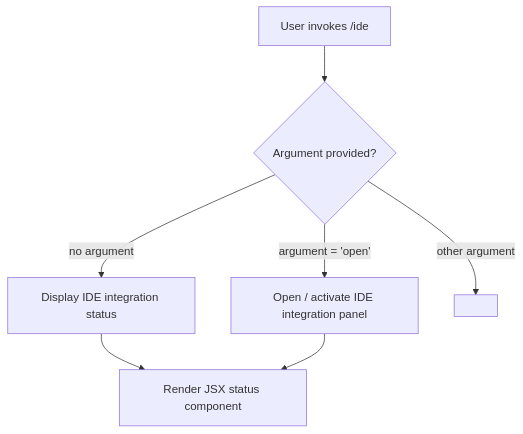
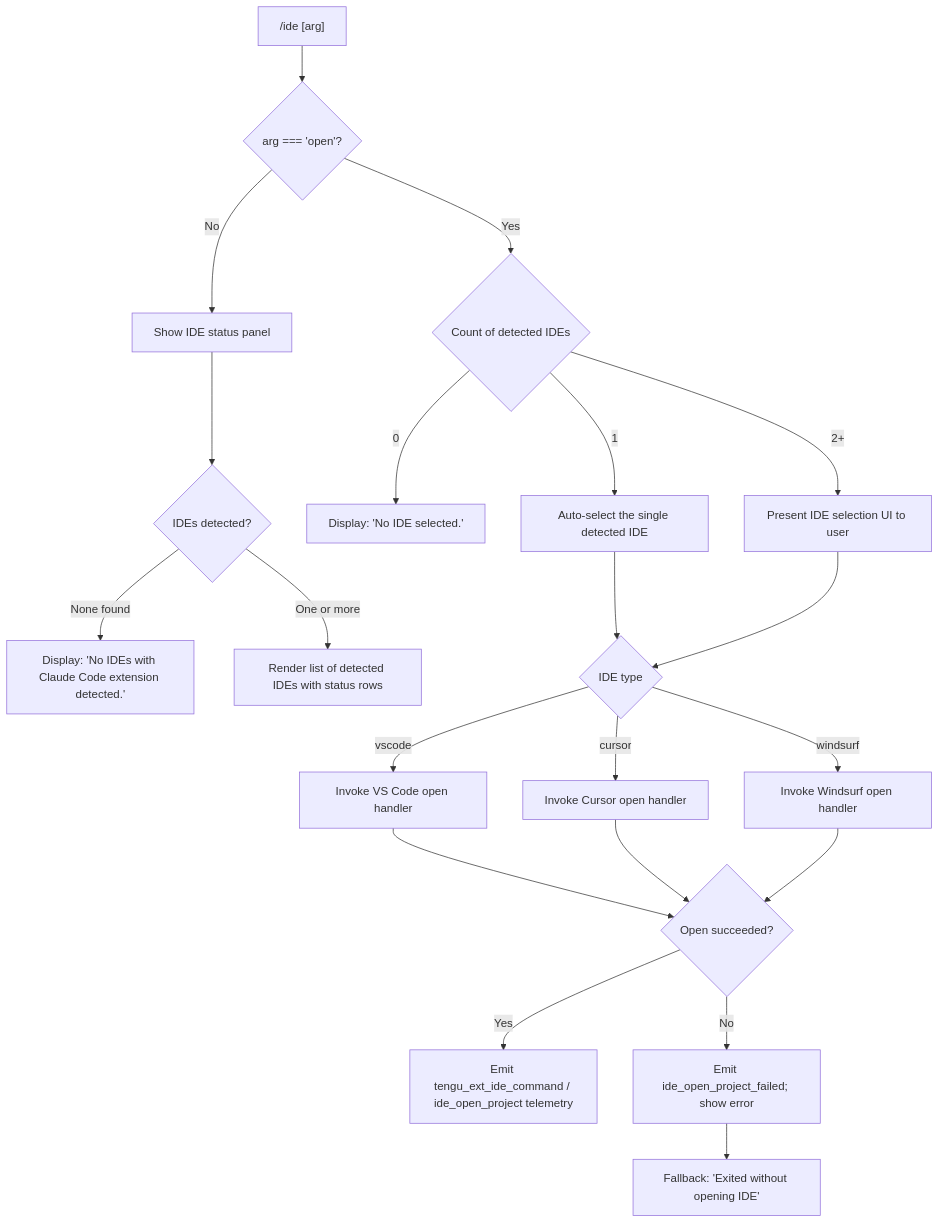
One commit to MyLittleLuckyDog/cc-gnothi changed the diagram in versions/v2.1.139/ide.md. Above: the diagram before and after it, drawn with Mermaid. The commit also changed other lines of this file and 97 other files, not shown here.

````diff
--- a/versions/v2.1.139/ide.md
+++ b/versions/v2.1.139/ide.md
@@ -46,9 +55,21 @@
 ```mermaid
 flowchart TD
-    A[User invokes /ide] --> B{Argument provided?}
-    B -- "no argument" --> C[Display IDE integration status]
-    B -- "argument = 'open'" --> D[Open / activate IDE integration panel]
-    B -- "other argument" --> E[<!-- TODO: not found in depth-2 traversal; needs --depth 4 -->]
-    C --> F[Render JSX status component]
-    D --> F
+    A["/ide [arg]"] --> B{arg === 'open'?}
+    B -- No --> C[Show IDE status panel]
+    C --> D{IDEs detected?}
+    D -- None found --> E["Display: 'No IDEs with Claude Code extension detected.'"]
+    D -- One or more --> F[Render list of detected IDEs with status rows]
+    B -- Yes --> G{Count of detected IDEs}
+    G -- 0 --> H["Display: 'No IDE selected.'"]
+    G -- 1 --> I[Auto-select the single detected IDE]
+    G -- 2+ --> J[Present IDE selection UI to user]
+    I --> K{IDE type}
+    J --> K
+    K -- vscode --> L[Invoke VS Code open handler]
+    K -- cursor --> M[Invoke Cursor open handler]
+    K -- windsurf --> N[Invoke Windsurf open handler]
+    L & M & N --> O{Open succeeded?}
+    O -- Yes --> P[Emit tengu_ext_ide_command / ide_open_project telemetry]
+    O -- No --> Q["Emit ide_open_project_failed; show error"]
+    Q --> R["Fallback: 'Exited without opening IDE'"]
 ```
````
